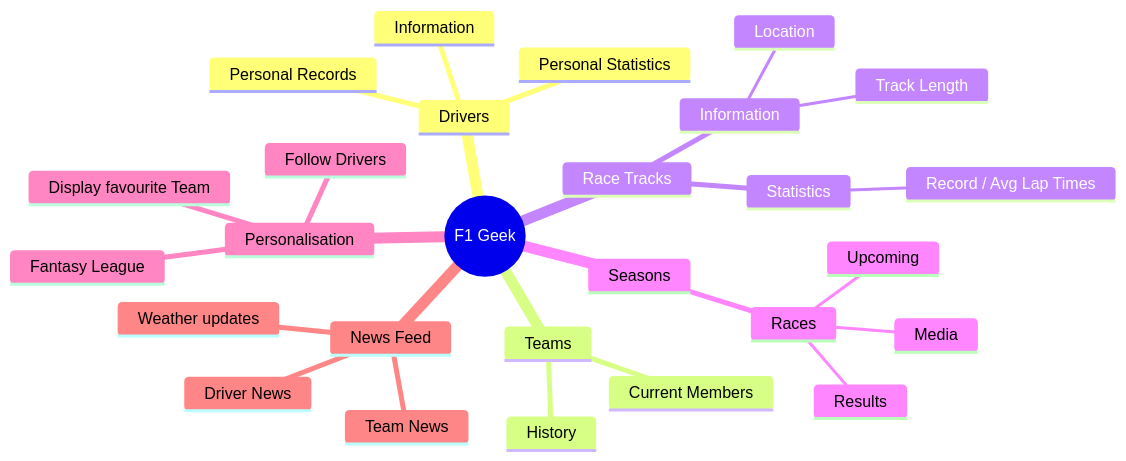
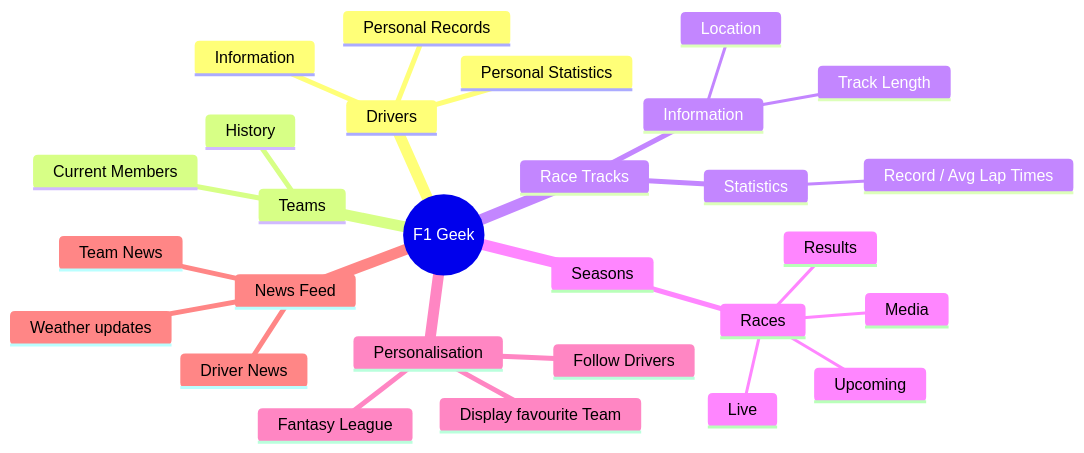
The diagram in docs/f1-geek-v1.md (LiamDoocey/Mobile-App-Dev-Assignment-1), drawn with Mermaid before and after one commit. The commit also changed other lines of this file, not shown here.

````diff
--- a/docs/f1-geek-v1.md
+++ b/docs/f1-geek-v1.md
@@ -4,31 +4,32 @@
 ```mermaid
 mindmap
   root((F1 Geek))
     Drivers
         Information
         Personal Records
         Personal Statistics
     Teams
         History
         Current Members
     Race Tracks
         Information
             Track Length
             Location
         Statistics
             Record / Avg Lap Times
     Seasons
         Races
+            Live
             Media
             Results
             Upcoming
     Personalisation
         Follow Drivers
         Display favourite Team
         Fantasy League
     News Feed
         Team News
         Driver News
         Weather updates
 
 ```
````
